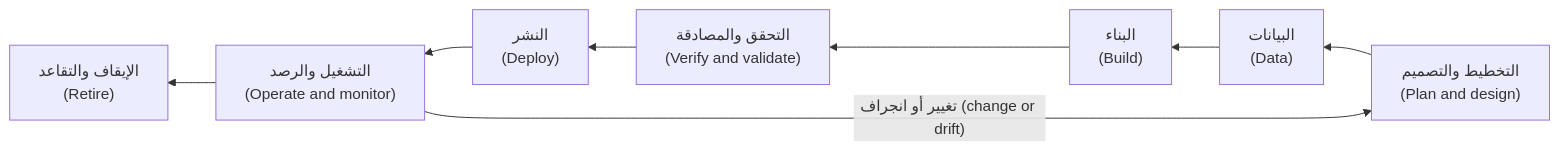
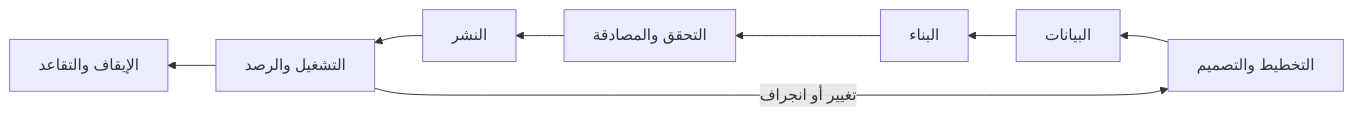
One commit to Tamoura/system-design-for-vibe-coders changed the first of 2 diagrams in aigp/modules/03-policies.ar.md. Above: the diagram before and after it, drawn with Mermaid. The commit also changed other lines of this file and 551 other files, not shown here.

````diff
--- a/aigp/modules/03-policies.ar.md
+++ b/aigp/modules/03-policies.ar.md
@@ -45,10 +45,10 @@
 ```mermaid
 flowchart RL
-    P["التخطيط والتصميم<br/>(Plan and design)"] --> D["البيانات<br/>(Data)"]
-    D --> B["البناء<br/>(Build)"]
-    B --> V["التحقق والمصادقة<br/>(Verify and validate)"]
-    V --> Dep["النشر<br/>(Deploy)"]
-    Dep --> O["التشغيل والرصد<br/>(Operate and monitor)"]
-    O -->|"تغيير أو انجراف (change or drift)"| P
-    O --> R["الإيقاف والتقاعد<br/>(Retire)"]
+    P["التخطيط والتصميم"] --> D["البيانات"]
+    D --> B["البناء"]
+    B --> V["التحقق والمصادقة"]
+    V --> Dep["النشر"]
+    Dep --> O["التشغيل والرصد"]
+    O -->|"تغيير أو انجراف"| P
+    O --> R["الإيقاف والتقاعد"]
 ```
````
